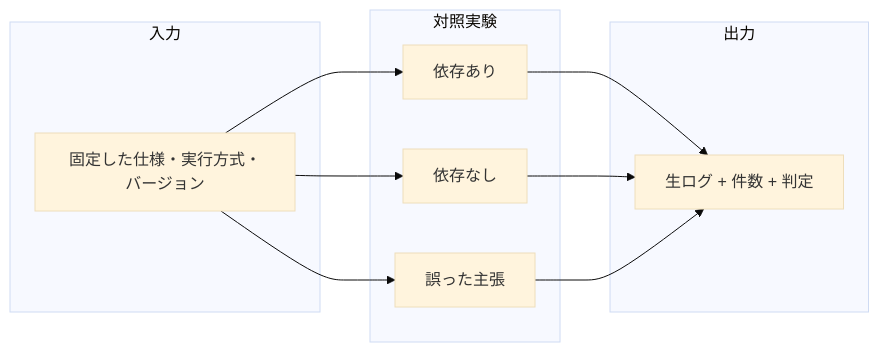
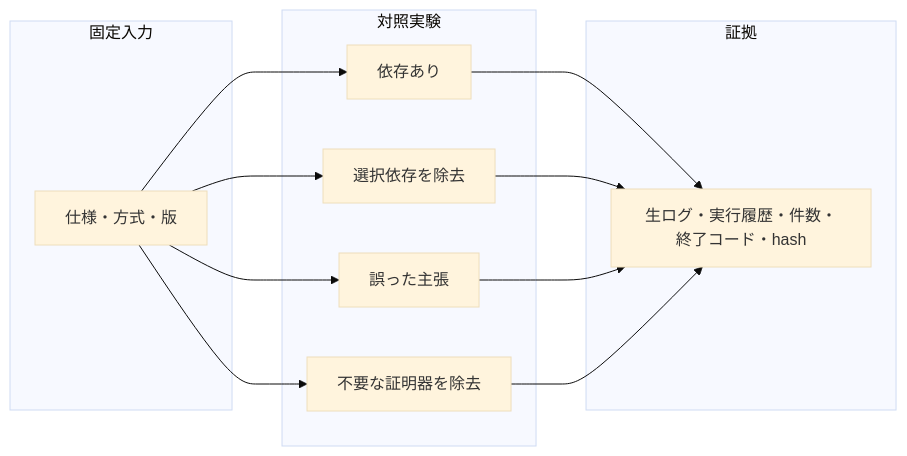
The second of 2 diagrams in README.md (roccho-dev/proofs), drawn with Mermaid (base theme) before and after one commit. The commit also changed other lines of this file and 3 other files, not shown here.

````diff
--- a/README.md
+++ b/README.md
@@ -55,20 +58,23 @@
 ```mermaid
 flowchart LR
-  subgraph Input["入力"]
-    S["固定した仕様・実行方式・バージョン"]
+  subgraph Input["固定入力"]
+    S["仕様・方式・版"]
   end
-  subgraph Experiment["対照実験"]
+  subgraph Controls["対照実験"]
     A["依存あり"]
-    B["依存なし"]
+    B["選択依存を除去"]
     C["誤った主張"]
+    D["不要な証明器を除去"]
   end
-  subgraph Evidence["出力"]
-    E["生ログ + 件数 + 判定"]
+  subgraph Output["証拠"]
+    E["生ログ・実行履歴・件数・終了コード・hash"]
   end
   S --> A
   S --> B
   S --> C
+  S --> D
   A --> E
   B --> E
   C --> E
+  D --> E
 ```
````
